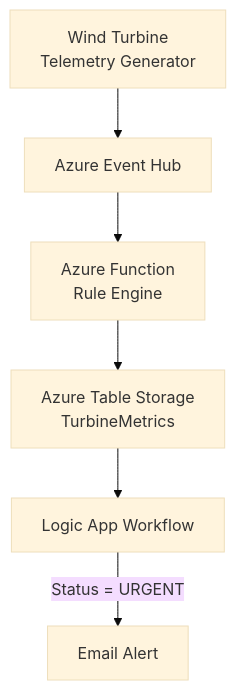
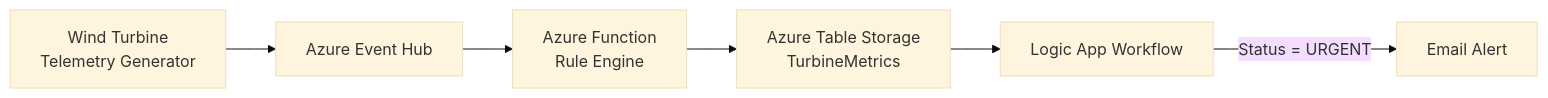
Before and after one commit to shap0011/26W_CST8921_Cloud_Industry_Trends: the diagram in Lab7/README.md, drawn with Mermaid (base theme).

Commit message:
Change the diagram flow

````diff
--- a/Lab7/README.md
+++ b/Lab7/README.md
@@ -36,15 +36,15 @@
 ```mermaid
-flowchart TD
+flowchart LR
     A[Wind Turbine<br>Telemetry Generator]
     B[Azure Event Hub]
     C[Azure Function<br>Rule Engine]
     D[Azure Table Storage<br>TurbineMetrics]
     E[Logic App Workflow]
     F[Email Alert]
 
     A --> B
     B --> C
     C --> D
     D --> E
     E -->|Status = URGENT| F
 ```
````
